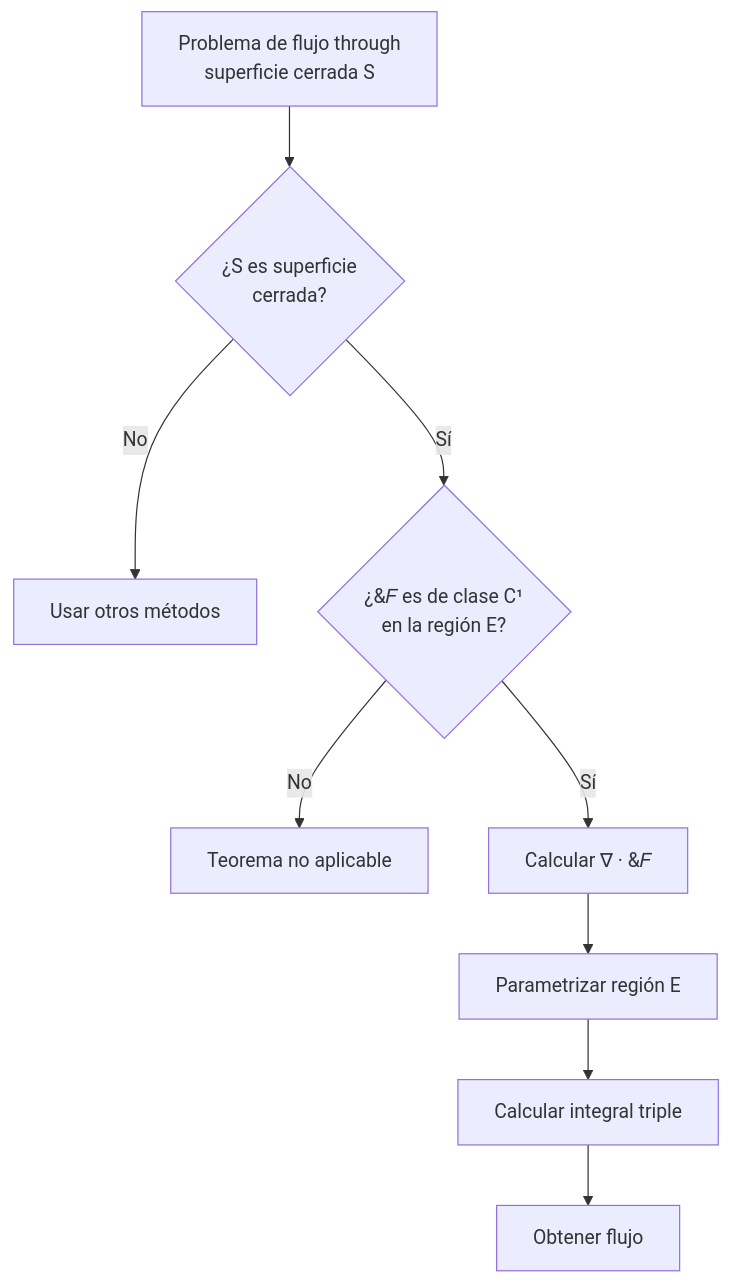
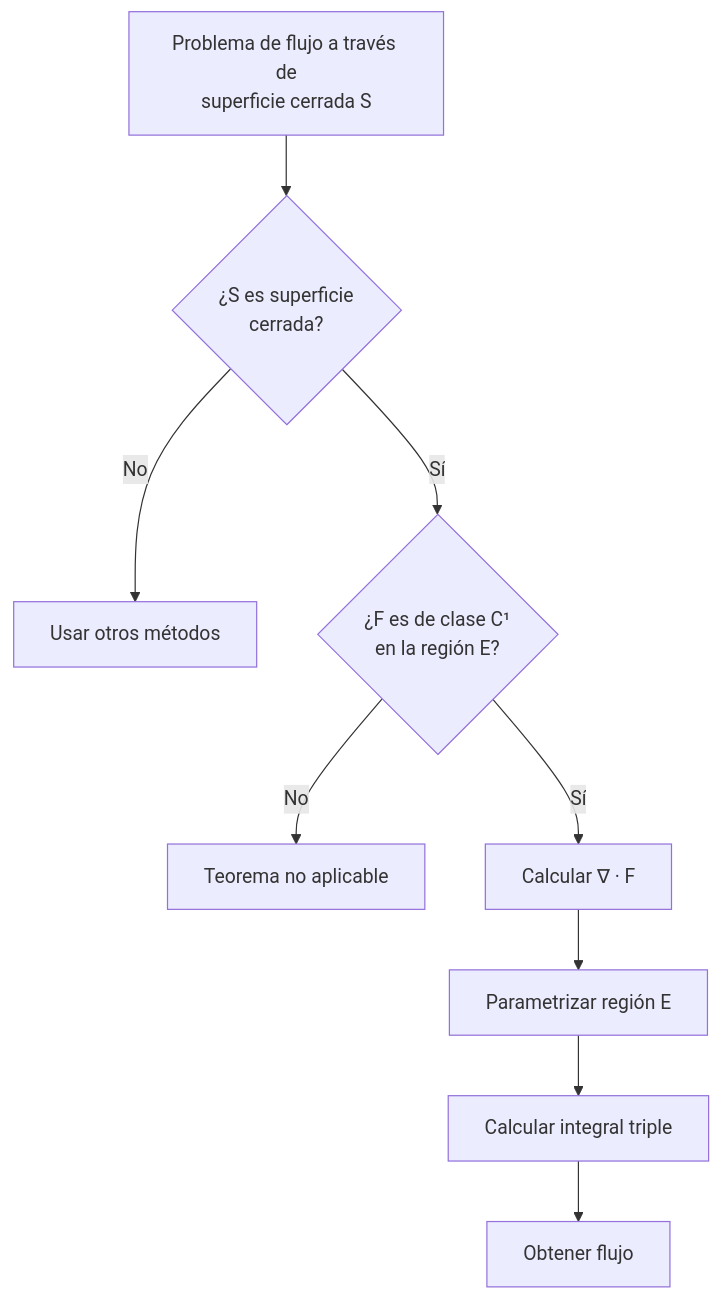
Before and after one commit to djaimej/computer-science-template: the third of 4 diagrams in public/documents/semester-3/2/3244.md, drawn with Mermaid. The commit also changed other lines of this file and 21 other files, not shown here.

````diff
--- a/public/documents/semester-3/2/3244.md
+++ b/public/documents/semester-3/2/3244.md
@@ -190,14 +219,14 @@
 ```mermaid
 flowchart TD
-    Start[Problema de flujo through<br>superficie cerrada S] --> Check{¿S es superficie<br>cerrada?}
+    Start[Problema de flujo a través de<br>superficie cerrada S] --> Check{¿S es superficie<br>cerrada?}
     Check -- No --> Alternative[Usar otros métodos]
-    Check -- Sí --> Verify{¿&#119865; es de clase C¹<br>en la región E?}
+    Check -- Sí --> Verify{¿F es de clase C¹<br>en la región E?}
     Verify -- No --> Warning[Teorema no aplicable]
-    Verify -- Sí --> Calculate[Calcular ∇ · &#119865;]
+    Verify -- Sí --> Calculate[Calcular ∇ · F]
     Calculate --> Parametrizar[Parametrizar región E]
     Parametrizar --> Integrate[Calcular integral triple]
     Integrate --> Result[Obtener flujo]
 
     Start:::green
     Result:::blue
 ```
````
